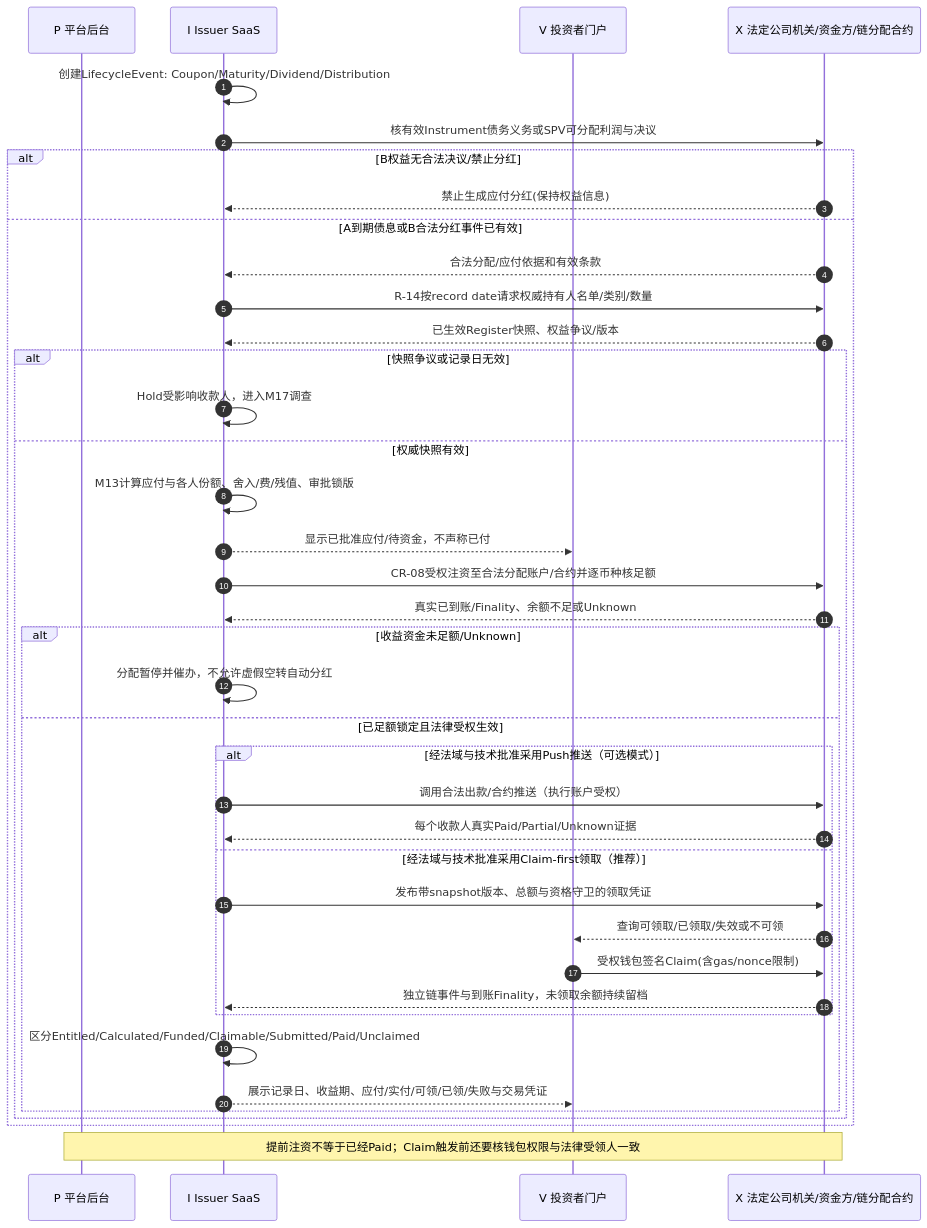
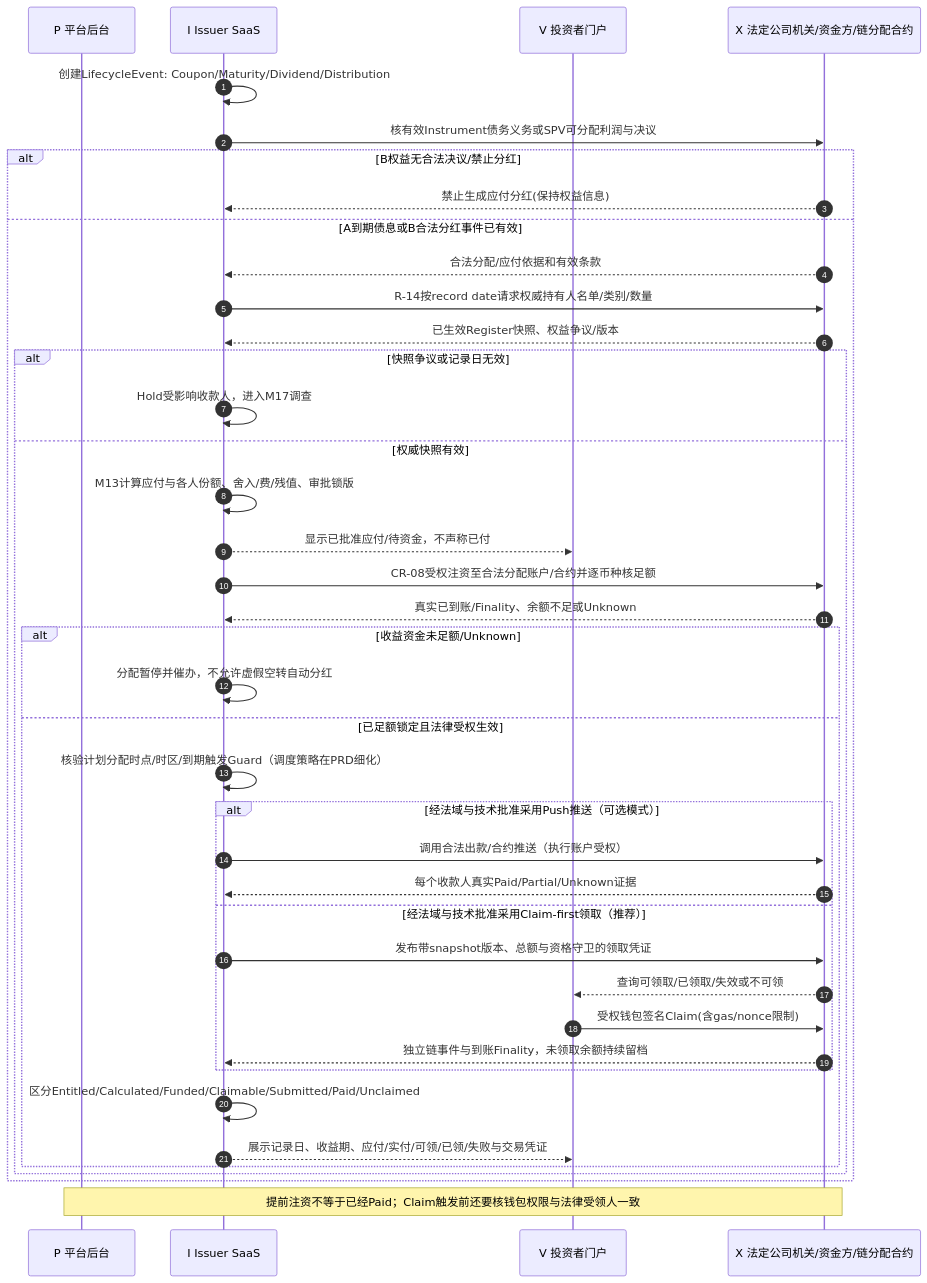
One commit to mirrorshang/rwa-saas-platform changed the tenth of 11 diagrams in docs/04-business-workflows/RWA-SaaS-Step-02-Four-Lane-Core-Flow-Approved-CR-v0.3-Draft.md. Above: the diagram before and after it, drawn with Mermaid. The commit also changed other lines of this file, not shown here.

````diff
--- a/docs/04-business-workflows/RWA-SaaS-Step-02-Four-Lane-Core-Flow-Approved-CR-v0.3-Draft.md
+++ b/docs/04-business-workflows/RWA-SaaS-Step-02-Four-Lane-Core-Flow-Approved-CR-v0.3-Draft.md
@@ -359,41 +375,42 @@
 ```mermaid
 sequenceDiagram
  autonumber
  participant P as P 平台后台
  participant I as I Issuer SaaS
  participant V as V 投资者门户
  participant X as X 法定公司机关/资金方/链分配合约
  I->>I: 创建LifecycleEvent: Coupon/Maturity/Dividend/Distribution
  I->>X: 核有效Instrument债务义务或SPV可分配利润与决议
  alt B权益无合法决议/禁止分红
   X-->>I: 禁止生成应付分红(保持权益信息)
  else A到期债息或B合法分红事件已有效
   X-->>I: 合法分配/应付依据和有效条款
   I->>X: R-14按record date请求权威持有人名单/类别/数量
   X-->>I: 已生效Register快照、权益争议/版本
   alt 快照争议或记录日无效
    I->>I: Hold受影响收款人，进入M17调查
   else 权威快照有效
    I->>I: M13计算应付与各人份额、舍入/费/残值、审批锁版
    I-->>V: 显示已批准应付/待资金，不声称已付
    I->>X: CR-08受权注资至合法分配账户/合约并逐币种核足额
    X-->>I: 真实已到账/Finality、余额不足或Unknown
    alt 收益资金未足额/Unknown
     I->>I: 分配暂停并催办，不允许虚假空转自动分红
    else 已足额锁定且法律受权生效
+    I->>I: 核验计划分配时点/时区/到期触发Guard（调度策略在PRD细化）
     alt 经法域与技术批准采用Push推送（可选模式）
      I->>X: 调用合法出款/合约推送（执行账户受权）
      X-->>I: 每个收款人真实Paid/Partial/Unknown证据
     else 经法域与技术批准采用Claim-first领取（推荐）
      I->>X: 发布带snapshot版本、总额与资格守卫的领取凭证
      X-->>V: 查询可领取/已领取/失效或不可领
      V->>X: 受权钱包签名Claim(含gas/nonce限制)
      X-->>I: 独立链事件与到账Finality，未领取余额持续留档
     end
     I->>I: 区分Entitled/Calculated/Funded/Claimable/Submitted/Paid/Unclaimed
     I-->>V: 展示记录日、收益期、应付/实付/可领/已领/失败与交易凭证
    end
   end
  end
  Note over P,X: 提前注资不等于已经Paid；Claim触发前还要核钱包权限与法律受领人一致
 ```
````
